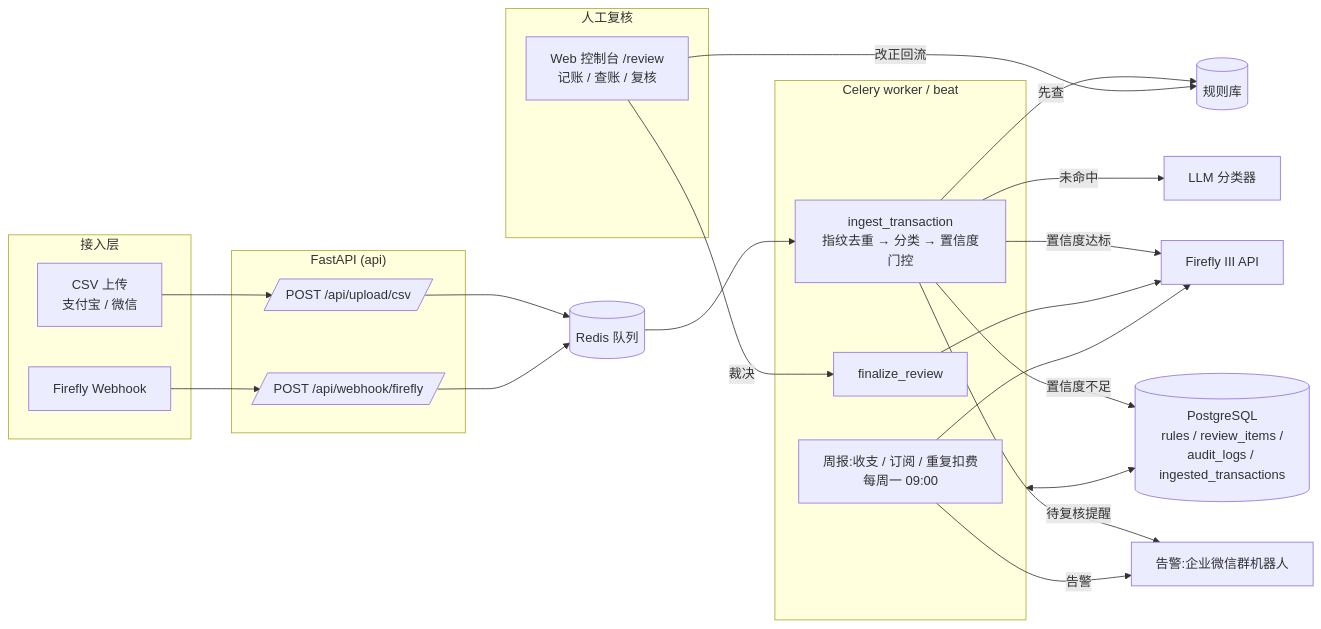
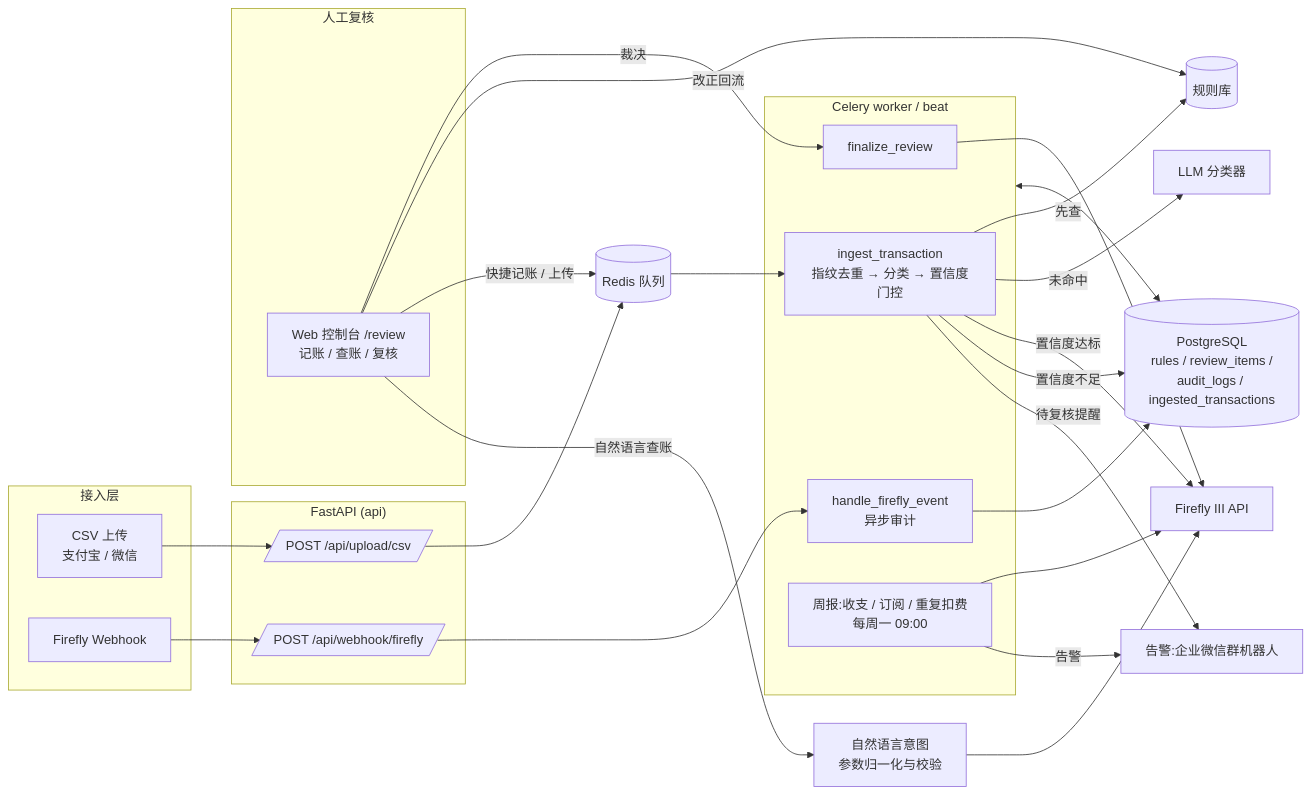
Before and after one commit to yingziviolet/firefly-copilot: the diagram in README.md, drawn with Mermaid. The commit also changed other lines of this file and 6 other files, not shown here.

````diff
--- a/README.md
+++ b/README.md
@@ -16,45 +51,49 @@
 ```mermaid
 flowchart LR
     subgraph 接入层
         CSV[CSV 上传<br/>支付宝 / 微信]
         WH[Firefly Webhook]
     end
 
     subgraph API["FastAPI (api)"]
         UP[/POST /api/upload/csv/]
         FW[/POST /api/webhook/firefly/]
     end
 
     Q[(Redis 队列)]
 
     subgraph Worker["Celery worker / beat"]
         ING[ingest_transaction<br/>指纹去重 → 分类 → 置信度门控]
         FIN[finalize_review]
+        EVT[handle_firefly_event<br/>异步审计]
         SEN[周报:收支 / 订阅 / 重复扣费<br/>每周一 09:00]
     end
 
     RULES[(规则库)]
     LLM[LLM 分类器]
+    QUERY[自然语言意图<br/>参数归一化与校验]
     DB[(PostgreSQL<br/>rules / review_items /<br/>audit_logs / ingested_transactions)]
     FF[Firefly III API]
 
     subgraph Review["人工复核"]
         WEB[Web 控制台 /review<br/>记账 / 查账 / 复核]
     end
 
     NOTIFY[告警:企业微信群机器人]
 
     CSV --> UP --> Q
-    WH --> FW --> Q
+    WH --> FW --> EVT --> DB
     Q --> ING
     ING -->|先查| RULES
     ING -->|未命中| LLM
     ING -->|置信度达标| FF
     ING -->|置信度不足| DB
     ING -->|待复核提醒| NOTIFY
     WEB -->|裁决| FIN --> FF
     WEB -->|改正回流| RULES
+    WEB -->|快捷记账 / 上传| Q
+    WEB -->|自然语言查账| QUERY --> FF
     SEN --> FF
     SEN -->|告警| NOTIFY
     Worker <--> DB
 ```
````
